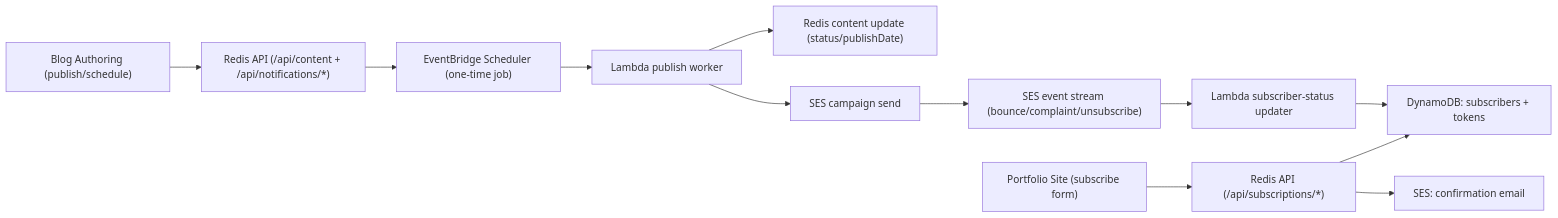
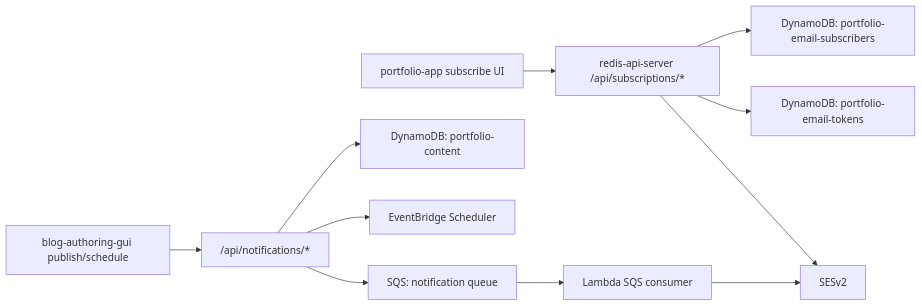
The diagram in design/email-notifications/aws-email-architecture.md (GraysonWills/Portfolio), drawn with Mermaid before and after one commit. The commit also changed other lines of this file and 119 other files, not shown here.

Commit message:
feat: ship portfolio/blog updates, v2 streaming APIs, and docs sync

````diff
--- a/design/email-notifications/aws-email-architecture.md
+++ b/design/email-notifications/aws-email-architecture.md
@@ -20,14 +14,14 @@
 ```mermaid
 flowchart LR
-  A["Portfolio Site (subscribe form)"] --> B["Redis API (/api/subscriptions/*)"]
-  B --> C["DynamoDB: subscribers + tokens"]
-  B --> D["SES: confirmation email"]
-  E["Blog Authoring (publish/schedule)"] --> F["Redis API (/api/content + /api/notifications/*)"]
-  F --> G["EventBridge Scheduler (one-time job)"]
-  G --> H["Lambda publish worker"]
-  H --> I["Redis content update (status/publishDate)"]
-  H --> J["SES campaign send"]
-  J --> K["SES event stream (bounce/complaint/unsubscribe)"]
-  K --> L["Lambda subscriber-status updater"]
-  L --> C
+  Portfolio["portfolio-app subscribe UI"] --> API["redis-api-server /api/subscriptions/*"]
+  API --> Subs["DynamoDB: portfolio-email-subscribers"]
+  API --> Tokens["DynamoDB: portfolio-email-tokens"]
+  API --> SES["SESv2"]
+
+  Authoring["blog-authoring-gui publish/schedule"] --> Notify["/api/notifications/*"]
+  Notify --> Content["DynamoDB: portfolio-content"]
+  Notify --> Sched["EventBridge Scheduler"]
+  Notify --> Queue["SQS: notification queue"]
+  Queue --> Worker["Lambda SQS consumer"]
+  Worker --> SES
 ```
````
